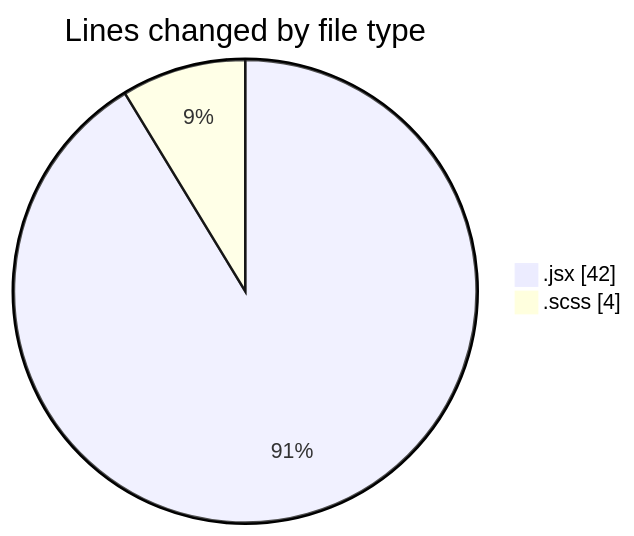
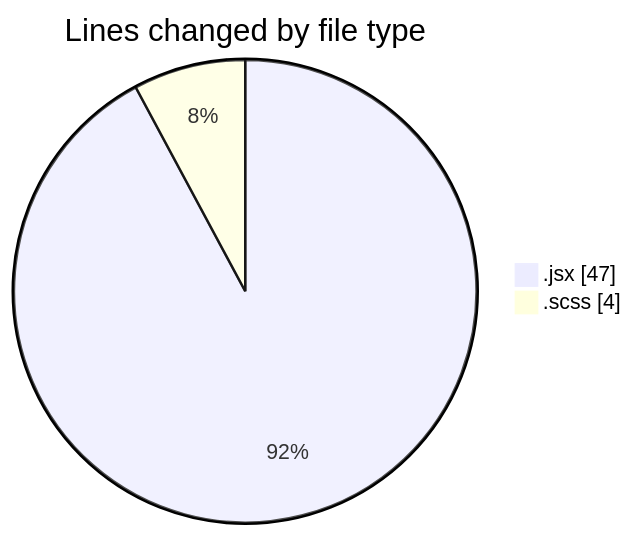
Before and after one commit to momahboobian/code-tracking: the first of 2 diagrams in 2025-06-04/cda/README.md, drawn with Mermaid. The commit also changed other lines of this file and 1 other file, not shown here.

````diff
--- a/2025-06-04/cda/README.md
+++ b/2025-06-04/cda/README.md
@@ -22,6 +22,6 @@
 ```mermaid
 pie showData
 title Lines changed by file type
-".jsx" : 42
+".jsx" : 47
 ".scss" : 4
 ```
````
